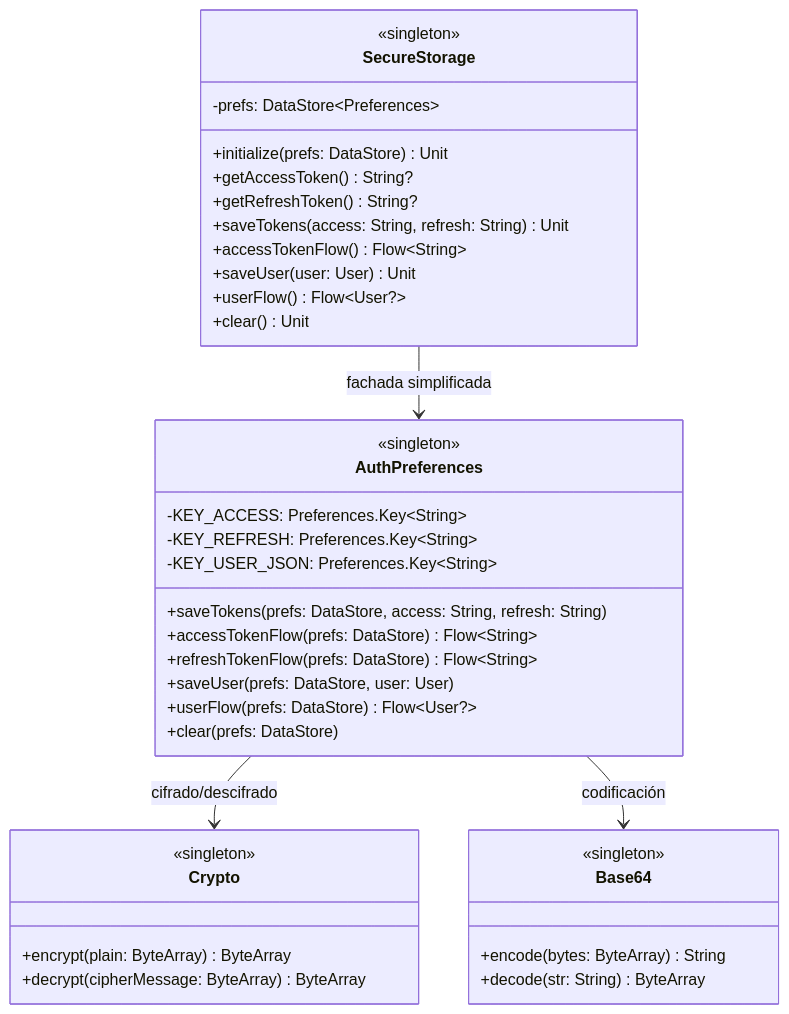
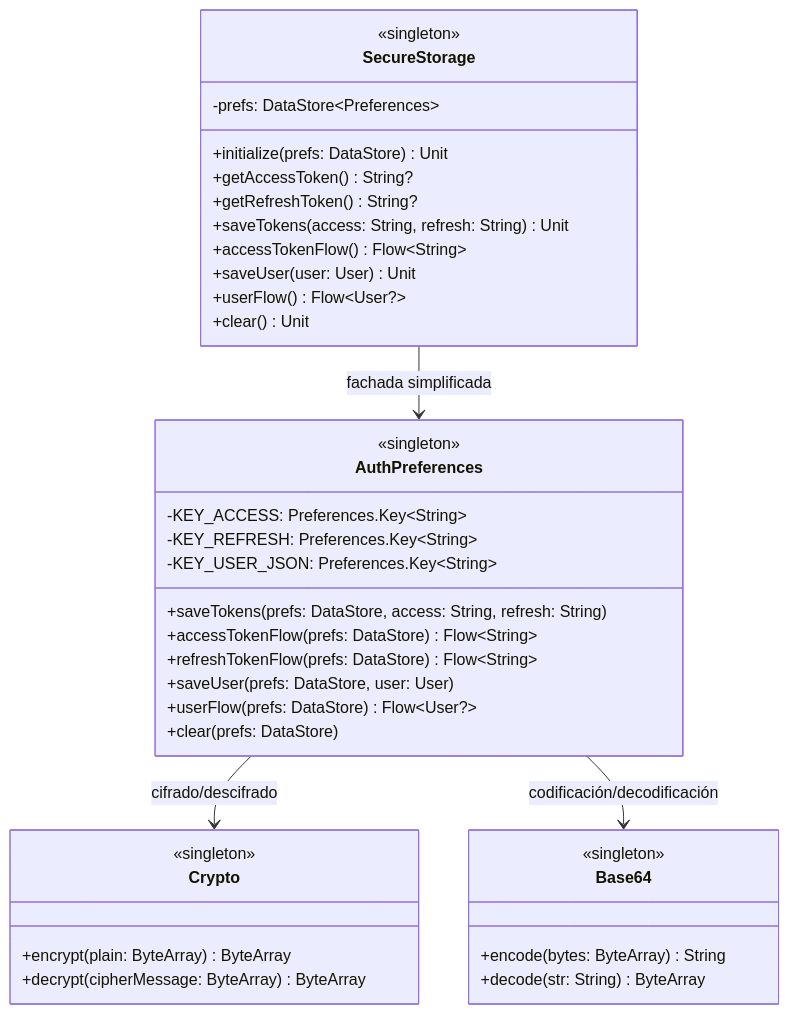
One commit to asobrados03/HumanPerformApp changed the third of 8 diagrams in docs/CLASS_DIAGRAMS.md. Above: the diagram before and after it, drawn with Mermaid.

Commit message:
Update Base64 relationship description in class diagram

````diff
--- a/docs/CLASS_DIAGRAMS.md
+++ b/docs/CLASS_DIAGRAMS.md
@@ -346,47 +346,47 @@
 ```mermaid
 classDiagram
     class SecureStorage {
         <<singleton>>
         -prefs: DataStore~Preferences~
 
         +initialize(prefs: DataStore<Preferences>) Unit
         +getAccessToken() String?
         +getRefreshToken() String?
         +saveTokens(access: String, refresh: String) Unit
         +accessTokenFlow() Flow~String~
         +saveUser(user: User) Unit
         +userFlow() Flow~User?~
         +clear() Unit
     }
 
     class AuthPreferences {
         <<singleton>>
 
         -KEY_ACCESS: Preferences.Key~String~
         -KEY_REFRESH: Preferences.Key~String~
         -KEY_USER_JSON: Preferences.Key~String~
 
         +saveTokens(prefs: DataStore<Preferences>, access: String, refresh: String)
         +accessTokenFlow(prefs: DataStore<Preferences>) Flow~String~
         +refreshTokenFlow(prefs: DataStore<Preferences>) Flow~String~
         +saveUser(prefs: DataStore<Preferences>, user: User)
         +userFlow(prefs: DataStore<Preferences>) Flow~User?~
         +clear(prefs: DataStore<Preferences>)
     }
 
     class Crypto {
         <<singleton>>
         +encrypt(plain: ByteArray) ByteArray
         +decrypt(cipherMessage: ByteArray) ByteArray
     }
 
     class Base64 {
         <<singleton>>
         +encode(bytes: ByteArray) String
         +decode(str: String) ByteArray
     }
 
     SecureStorage --> AuthPreferences : fachada simplificada
     AuthPreferences --> Crypto : cifrado/descifrado
-    AuthPreferences --> Base64 : codificación
+    AuthPreferences --> Base64 : codificación/decodificación
 ```
````
